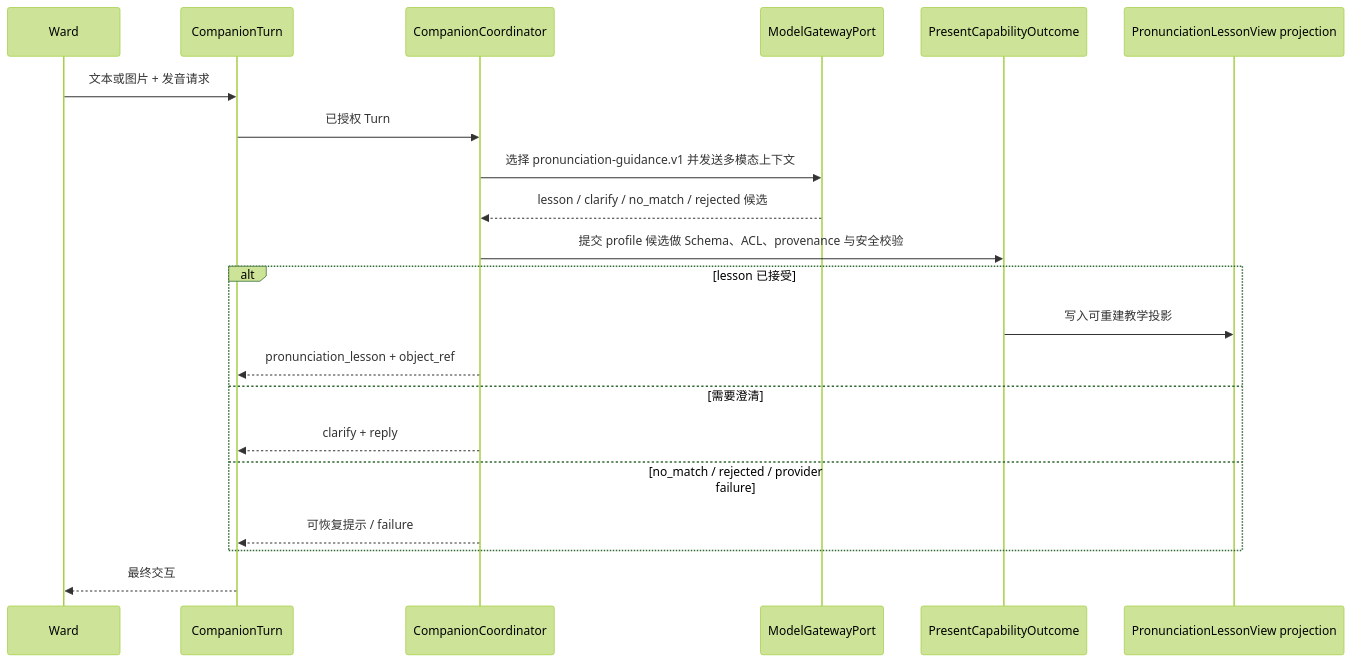
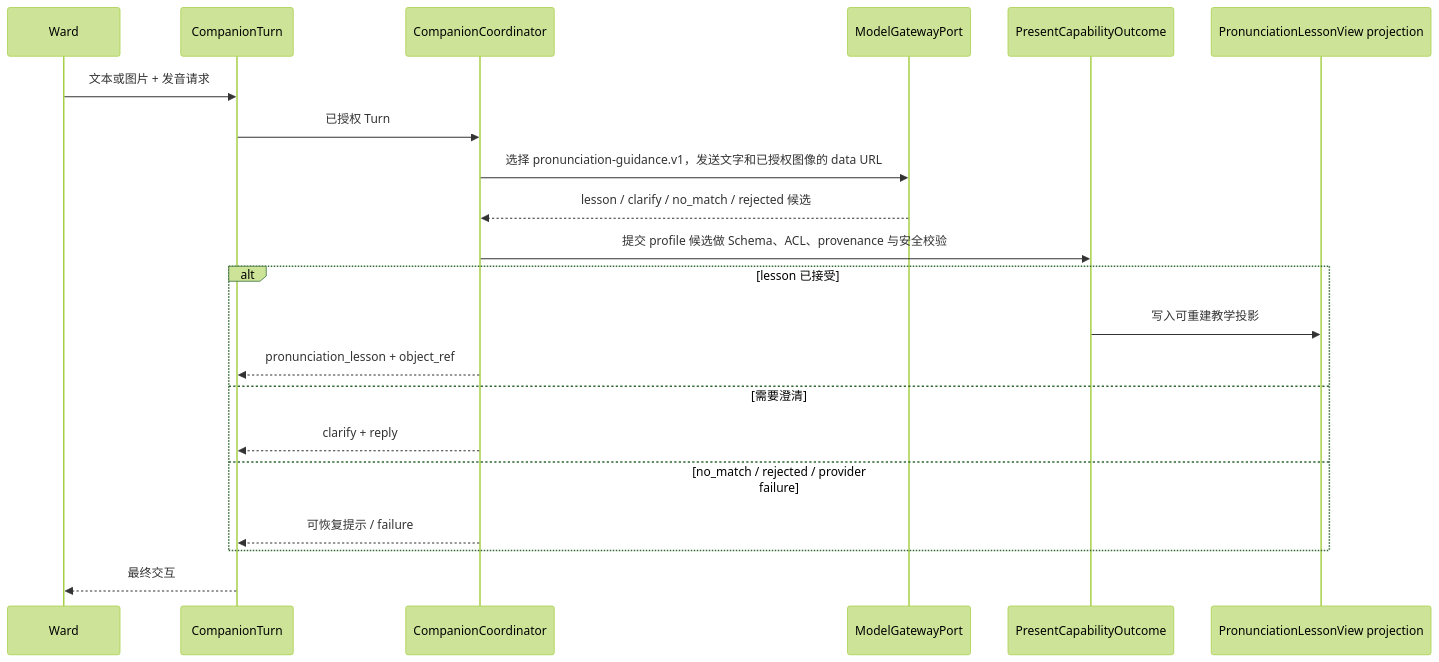
One commit to johanchow/duxue changed the tenth of 10 diagrams in docs/technical/domain-study.md. Above: the diagram before and after it, drawn with Mermaid (forest theme). The commit also changed other lines of this file and 26 other files, not shown here.

````diff
--- a/docs/technical/domain-study.md
+++ b/docs/technical/domain-study.md
@@ -582,24 +610,24 @@
 ```mermaid
 sequenceDiagram
     participant W as Ward
     participant I as CompanionTurn
     participant C as CompanionCoordinator
     participant G as ModelGatewayPort
     participant V as PresentCapabilityOutcome
     participant P as PronunciationLessonView projection
 
     W->>I: 文本或图片 + 发音请求
     I->>C: 已授权 Turn
-    C->>G: 选择 pronunciation-guidance.v1 并发送多模态上下文
+    C->>G: 选择 pronunciation-guidance.v1，发送文字和已授权图像的 data URL
     G-->>C: lesson / clarify / no_match / rejected 候选
     C->>V: 提交 profile 候选做 Schema、ACL、provenance 与安全校验
     alt lesson 已接受
         V->>P: 写入可重建教学投影
         C-->>I: pronunciation_lesson + object_ref
     else 需要澄清
         C-->>I: clarify + reply
     else no_match / rejected / provider failure
         C-->>I: 可恢复提示 / failure
     end
     I-->>W: 最终交互
 ```
````
